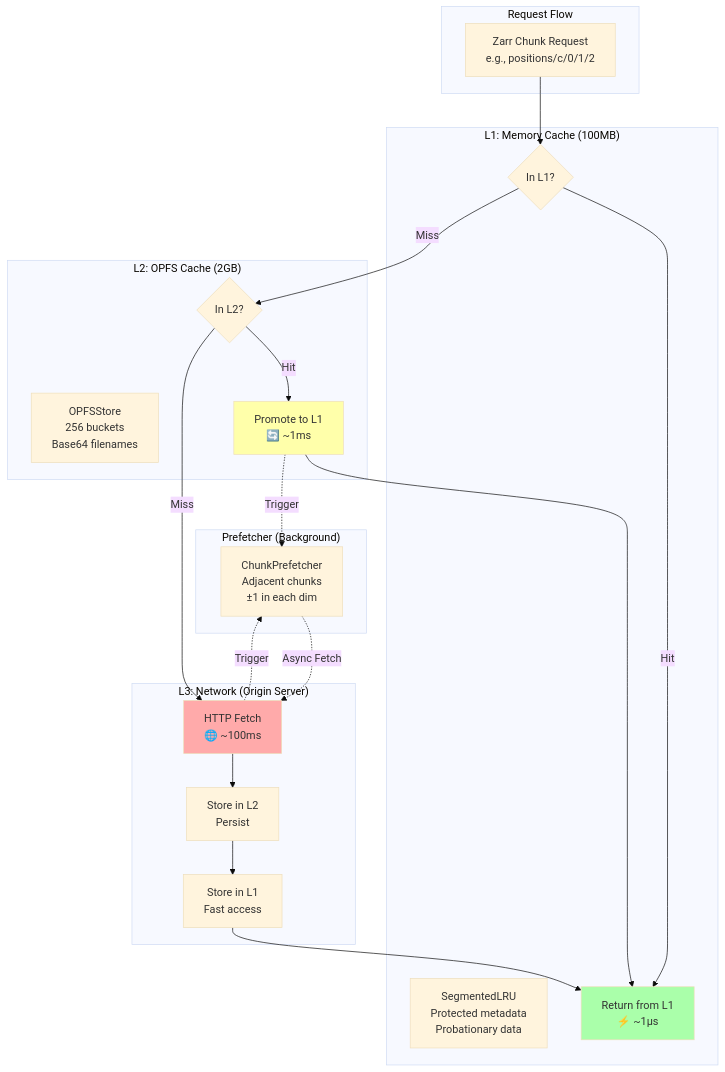
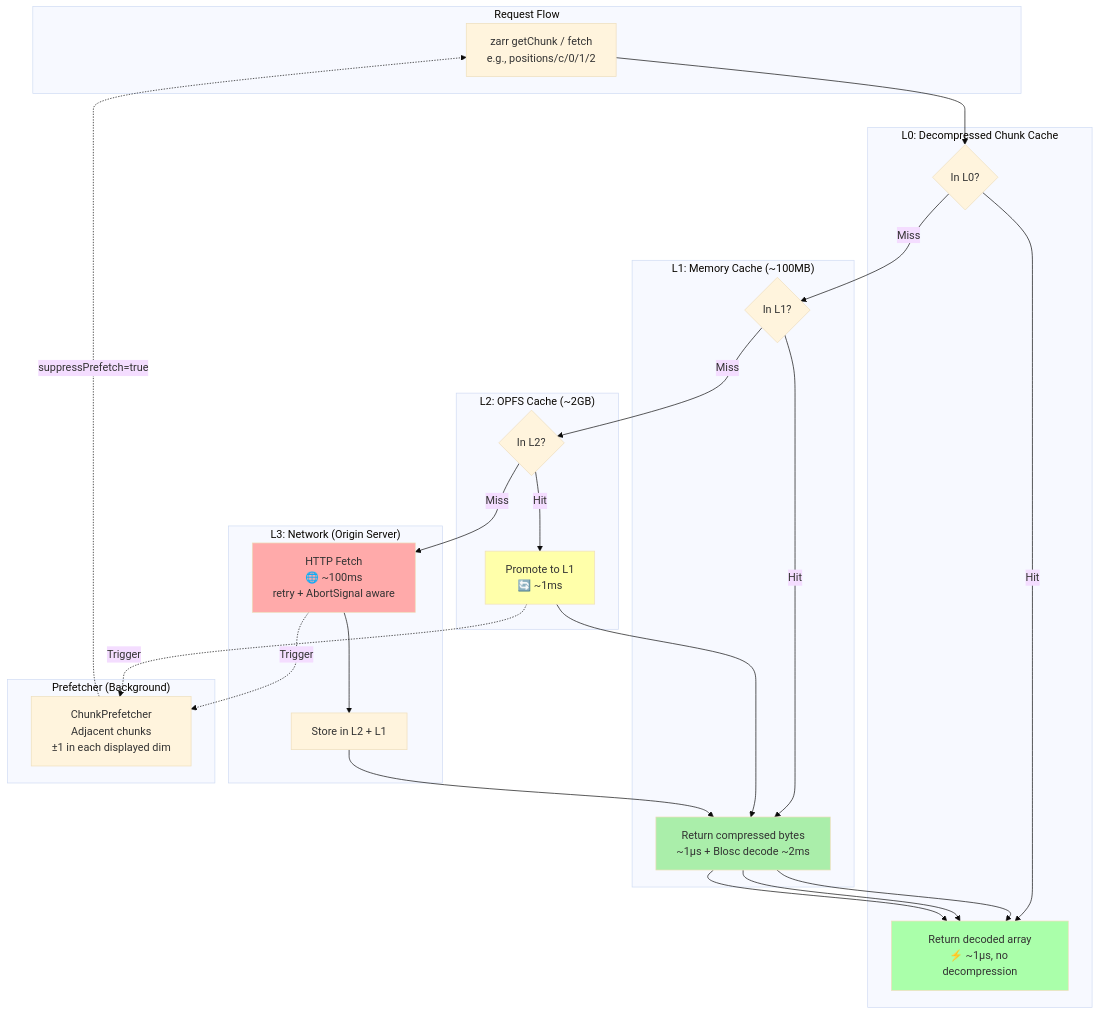
The fourth of 12 diagrams in packages/luxar-viewer/ARCHITECTURE-DIAGRAMS.md (royerlab/luxar), drawn with Mermaid (base theme) before and after one commit. The commit also changed other lines of this file, not shown here.

First line of the commit message:
docs(viewer): refresh ARCHITECTURE-DIAGRAMS.md mermaid sections

````diff
--- a/packages/luxar-viewer/ARCHITECTURE-DIAGRAMS.md
+++ b/packages/luxar-viewer/ARCHITECTURE-DIAGRAMS.md
@@ -411,42 +417,47 @@
 ```mermaid
 graph TB
     subgraph "Request Flow"
-        A[Zarr Chunk Request<br/>e.g., positions/c/0/1/2]
+        A[zarr getChunk / fetch<br/>e.g., positions/c/0/1/2]
     end
 
-    subgraph "L1: Memory Cache (100MB)"
-        B{In L1?}
-        C[SegmentedLRU<br/>Protected metadata<br/>Probationary data]
-        D[Return from L1<br/>⚡ ~1μs]
+    subgraph "L0: Decompressed Chunk Cache"
+        B0{In L0?}
+        D0[Return decoded array<br/>⚡ ~1μs, no decompression]
     end
 
-    subgraph "L2: OPFS Cache (2GB)"
+    subgraph "L1: Memory Cache (~100MB)"
+        B{In L1?}
+        D[Return compressed bytes<br/>~1μs + Blosc decode ~2ms]
+    end
+
+    subgraph "L2: OPFS Cache (~2GB)"
         E{In L2?}
-        F[OPFSStore<br/>256 buckets<br/>Base64 filenames]
         G[Promote to L1<br/>🔄 ~1ms]
     end
 
     subgraph "L3: Network (Origin Server)"
-        H[HTTP Fetch<br/>🌐 ~100ms]
-        I[Store in L2<br/>Persist]
-        J[Store in L1<br/>Fast access]
+        H[HTTP Fetch<br/>🌐 ~100ms<br/>retry + AbortSignal aware]
+        I[Store in L2 + L1]
     end
 
     subgraph "Prefetcher (Background)"
-        K[ChunkPrefetcher<br/>Adjacent chunks<br/>±1 in each dim]
+        K[ChunkPrefetcher<br/>Adjacent chunks<br/>±1 in each displayed dim]
     end
 
-    A --> B
-    B -->|Hit| D
+    A --> B0
+    B0 -->|Hit| D0
+    B0 -->|Miss| B
+    B -->|Hit| D --> D0
     B -->|Miss| E
-    E -->|Hit| G --> D
-    E -->|Miss| H --> I --> J --> D
+    E -->|Hit| G --> D --> D0
+    E -->|Miss| H --> I --> D --> D0
 
     G -.Trigger.-> K
     H -.Trigger.-> K
-    K -.Async Fetch.-> H
+    K -.suppressPrefetch=true.-> A
 
-    style D fill:#aaffaa
+    style D0 fill:#aaffaa
+    style D fill:#aaeeaa
     style G fill:#ffffaa
     style H fill:#ffaaaa
 ```
````
